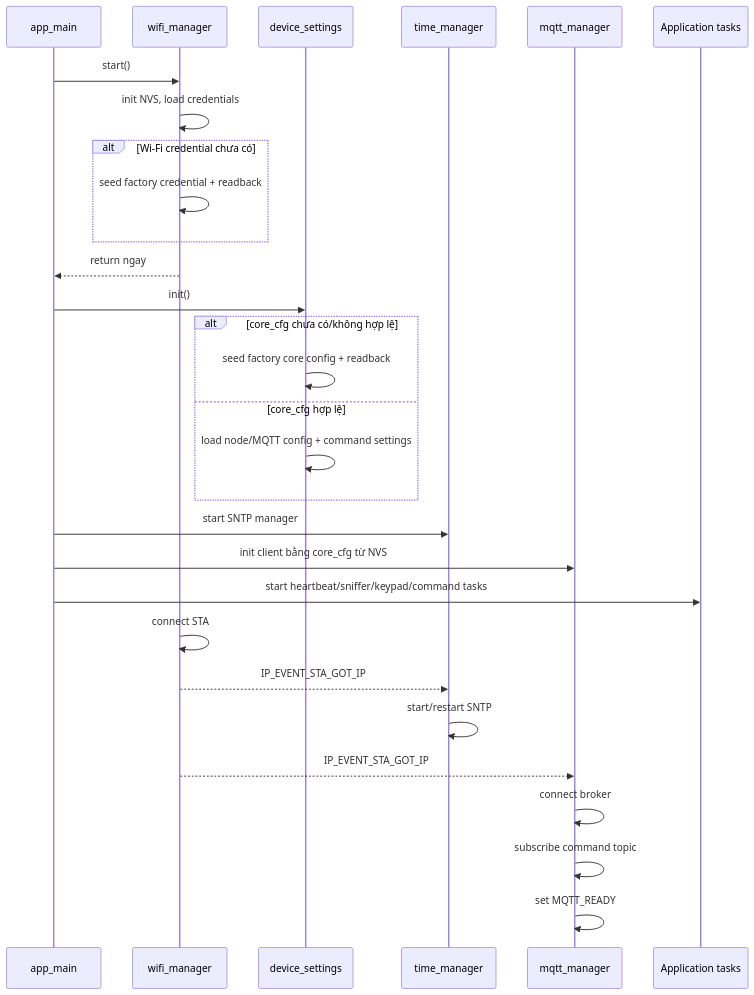
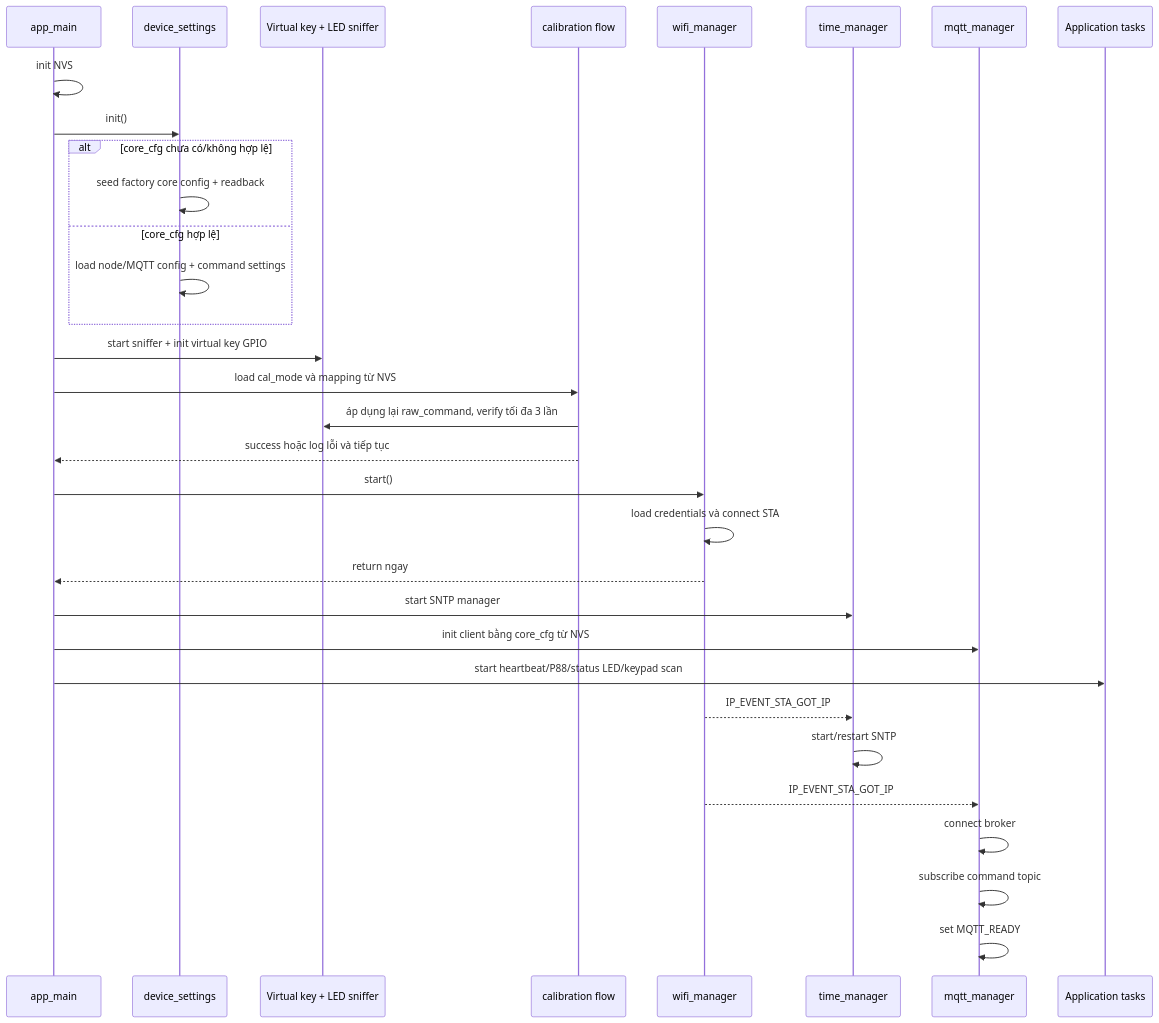
Before and after one commit to kenhkythuat/keyboard_phuongnam: the first of 11 diagrams in docs/iot/firmware/flow.md, drawn with Mermaid. The commit also changed 4 other files, not shown here.

````diff
--- a/docs/iot/firmware/flow.md
+++ b/docs/iot/firmware/flow.md
@@ -5,32 +5,35 @@
 ```mermaid
 sequenceDiagram
     participant Boot as app_main
+    participant Settings as device_settings
+    participant Key as Virtual key + LED sniffer
+    participant Calibration as calibration flow
     participant WiFi as wifi_manager
-    participant Settings as device_settings
     participant Time as time_manager
     participant MQTT as mqtt_manager
     participant App as Application tasks
 
-    Boot->>WiFi: start()
-    WiFi->>WiFi: init NVS, load credentials
-    alt Wi-Fi credential chưa có
-        WiFi->>WiFi: seed factory credential + readback
-    end
-    WiFi-->>Boot: return ngay
+    Boot->>Boot: init NVS
     Boot->>Settings: init()
     alt core_cfg chưa có/không hợp lệ
         Settings->>Settings: seed factory core config + readback
     else core_cfg hợp lệ
         Settings->>Settings: load node/MQTT config + command settings
     end
+    Boot->>Key: start sniffer + init virtual key GPIO
+    Boot->>Calibration: load cal_mode và mapping từ NVS
+    Calibration->>Key: áp dụng lại raw_command, verify tối đa 3 lần
+    Calibration-->>Boot: success hoặc log lỗi và tiếp tục
+    Boot->>WiFi: start()
+    WiFi->>WiFi: load credentials và connect STA
+    WiFi-->>Boot: return ngay
     Boot->>Time: start SNTP manager
     Boot->>MQTT: init client bằng core_cfg từ NVS
-    Boot->>App: start heartbeat/sniffer/keypad/command tasks
-    WiFi->>WiFi: connect STA
+    Boot->>App: start heartbeat/P88/status LED/keypad scan
     WiFi-->>Time: IP_EVENT_STA_GOT_IP
     Time->>Time: start/restart SNTP
     WiFi-->>MQTT: IP_EVENT_STA_GOT_IP
     MQTT->>MQTT: connect broker
     MQTT->>MQTT: subscribe command topic
     MQTT->>MQTT: set MQTT_READY
 ```
````
